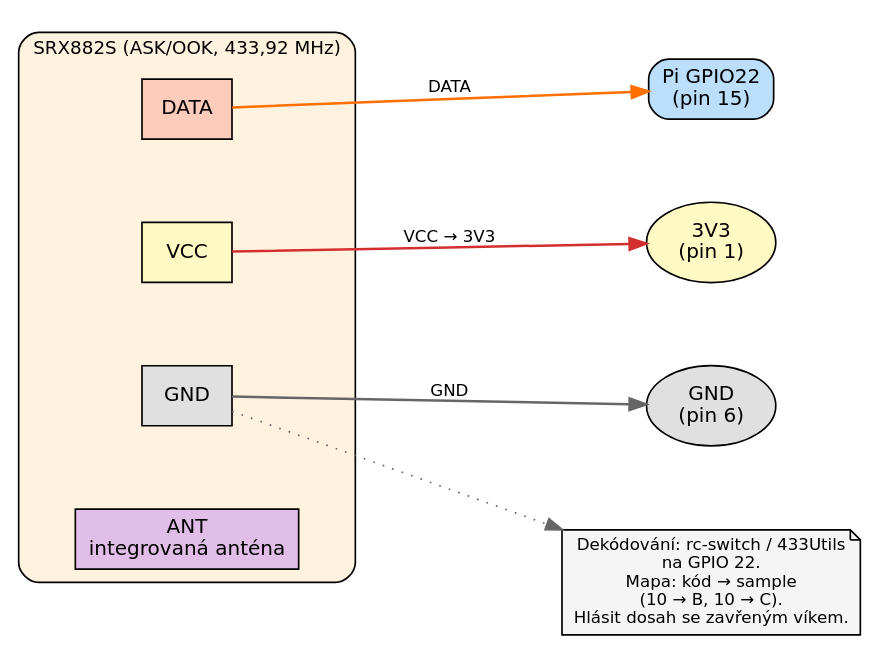
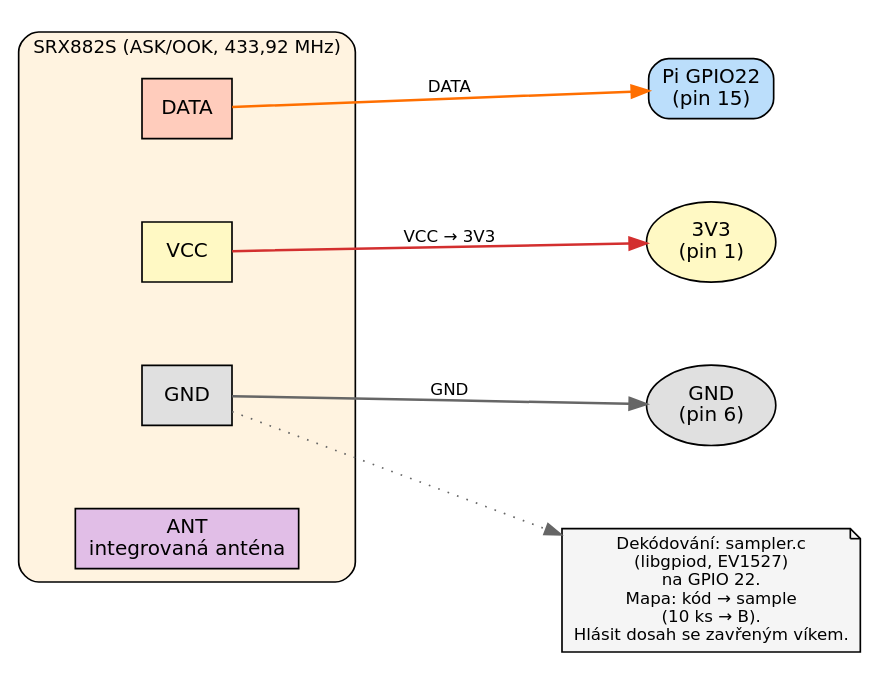
The diagram in docs/dot/hw_04_rf_receiver.dot (K0F/1938_ABC), drawn with Graphviz before and after one commit. The commit also changed 22 other files, not shown here.

```diff
--- a/docs/dot/hw_04_rf_receiver.dot
+++ b/docs/dot/hw_04_rf_receiver.dot
@@ -1,33 +1,33 @@
 // HW §5.4 — RF přijímač 433 MHz (SRX882S) na GPIO Pi 4
 digraph G {
     graph [fontname="DejaVu Sans" rankdir=LR bgcolor="white" nodesep=0.7 ranksep=0.9];
 node [fontname="DejaVu Sans" fontsize=12 style="filled"];
 edge [fontname="DejaVu Sans" fontsize=10];
 
 // SRX882S
 subgraph cluster_srx {
     label="SRX882S (ASK/OOK, 433,92 MHz)";
     style="filled,rounded";
     fillcolor="#fff3e0";
     fontsize=11;
 
     srx_data [label="DATA" shape=box fillcolor="#ffccbc"];
     srx_vcc [label="VCC" shape=box fillcolor="#fff9c4"];
     srx_gnd [label="GND" shape=box fillcolor="#e0e0e0"];
     srx_ant [label="ANT\nintegrovaná anténa" shape=box fillcolor="#e1bee7"];
 }
 
 // Pi 4 pins
 pi_gpio [label="Pi GPIO22\n(pin 15)" shape=box style="filled,rounded" fillcolor="#bbdefb"];
 pi_3v3 [label="3V3\n(pin 1)" shape=oval fillcolor="#fff9c4"];
 pi_gnd [label="GND\n(pin 6)" shape=oval fillcolor="#e0e0e0"];
 
 // Connections
 srx_data -> pi_gpio [label="  DATA  " color="#ff6f00" penwidth=1.5];
 srx_vcc -> pi_3v3 [label="  VCC → 3V3  " color="#d32f2f" penwidth=1.5];
 srx_gnd -> pi_gnd [label="  GND  " color="#666666" penwidth=1.5];
 
 // Note
-note [label="Dekódování: rc-switch / 433Utils\nna GPIO 22.\nMapa: kód → sample\n(10 → B, 10 → C).\nHlásit dosah se zavřeným víkem." shape=note fillcolor="#f5f5f5" fontsize=10];
+note [label="Dekódování: sampler.c\n(libgpiod, EV1527)\nna GPIO 22.\nMapa: kód → sample\n(10 ks → B).\nHlásit dosah se zavřeným víkem." shape=note fillcolor="#f5f5f5" fontsize=10];
 srx_gnd -> note [style=dotted color="#666666"];
 }
```
